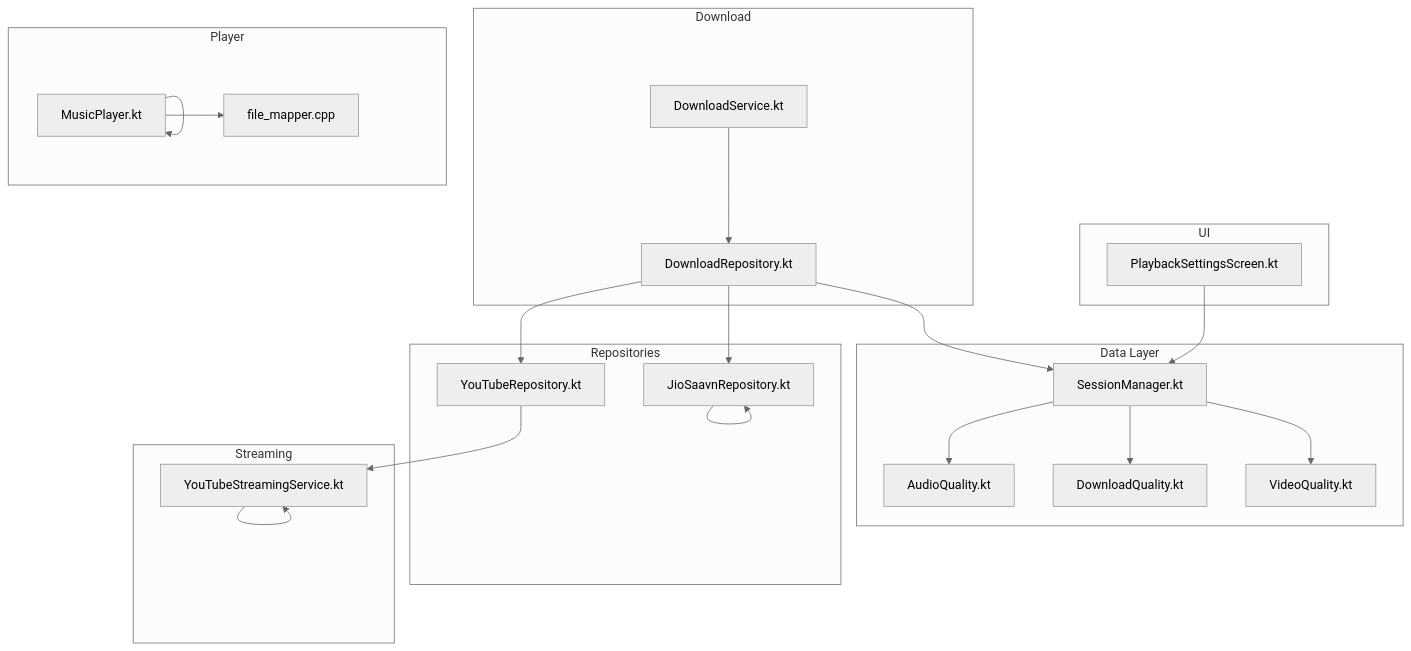
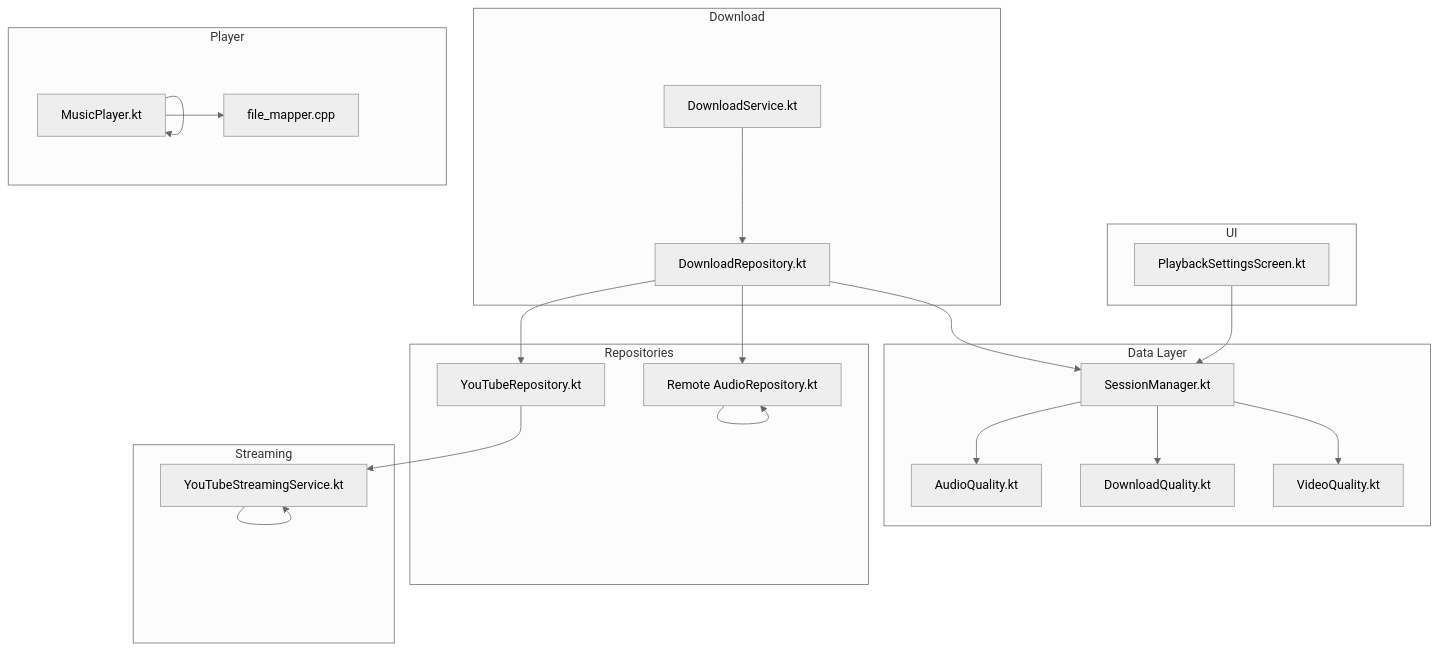
The first of 10 diagrams in docs/Download Management/Download Quality and Format.md (suvojeet-sengupta/SuvMusic), drawn with Mermaid (neutral theme) before and after one commit. The commit also changed other lines of this file and 32 other files, not shown here.

````diff
--- a/docs/Download Management/Download Quality and Format.md
+++ b/docs/Download Management/Download Quality and Format.md
@@ -47,40 +47,40 @@
 ```mermaid
 graph TB
 subgraph "UI"
 PS["PlaybackSettingsScreen.kt"]
 end
 subgraph "Data Layer"
 SM["SessionManager.kt"]
 AQ["AudioQuality.kt"]
 DQ["DownloadQuality.kt"]
 VQ["VideoQuality.kt"]
 end
 subgraph "Repositories"
 YTRepo["YouTubeRepository.kt"]
-JSRepo["JioSaavnRepository.kt"]
+JSRepo["Remote AudioRepository.kt"]
 end
 subgraph "Streaming"
 YTSvc["YouTubeStreamingService.kt"]
 end
 subgraph "Download"
 DR["DownloadRepository.kt"]
 DS["DownloadService.kt"]
 end
 subgraph "Player"
 MP["MusicPlayer.kt"]
 FM["file_mapper.cpp"]
 end
 PS --> SM
 SM --> AQ
 SM --> DQ
 SM --> VQ
 YTRepo --> YTSvc
 JSRepo --> JSRepo
 DR --> YTRepo
 DR --> JSRepo
 DR --> SM
 DS --> DR
 YTSvc --> YTSvc
 MP --> MP
 MP --> FM
 ```
````
